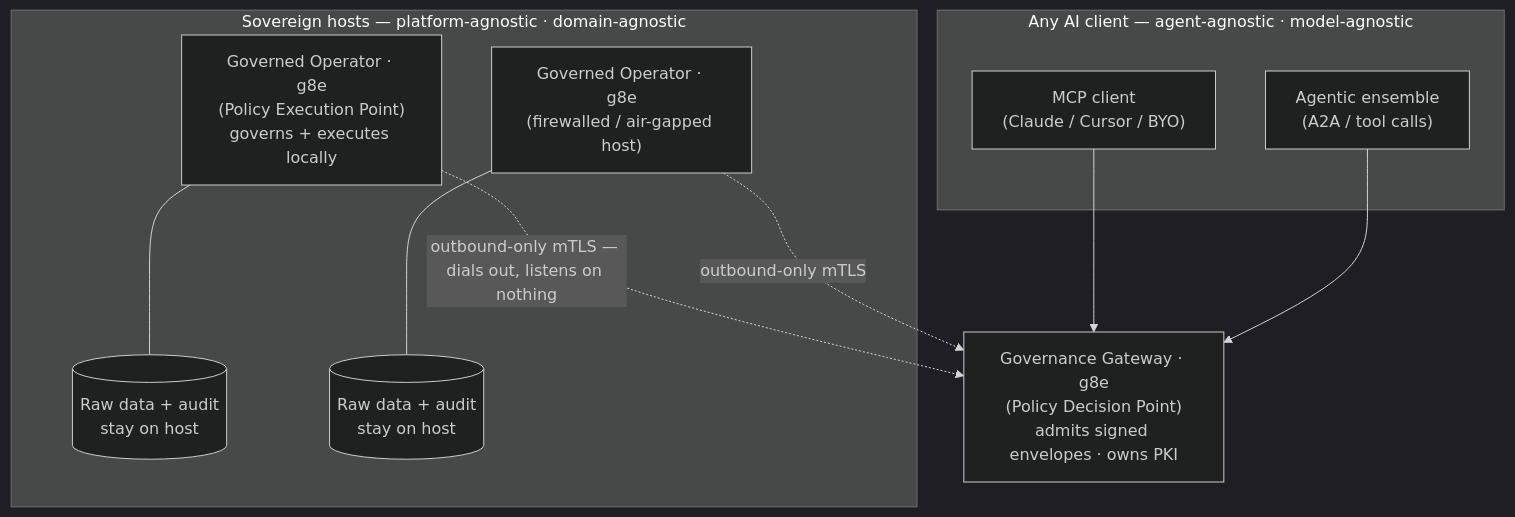
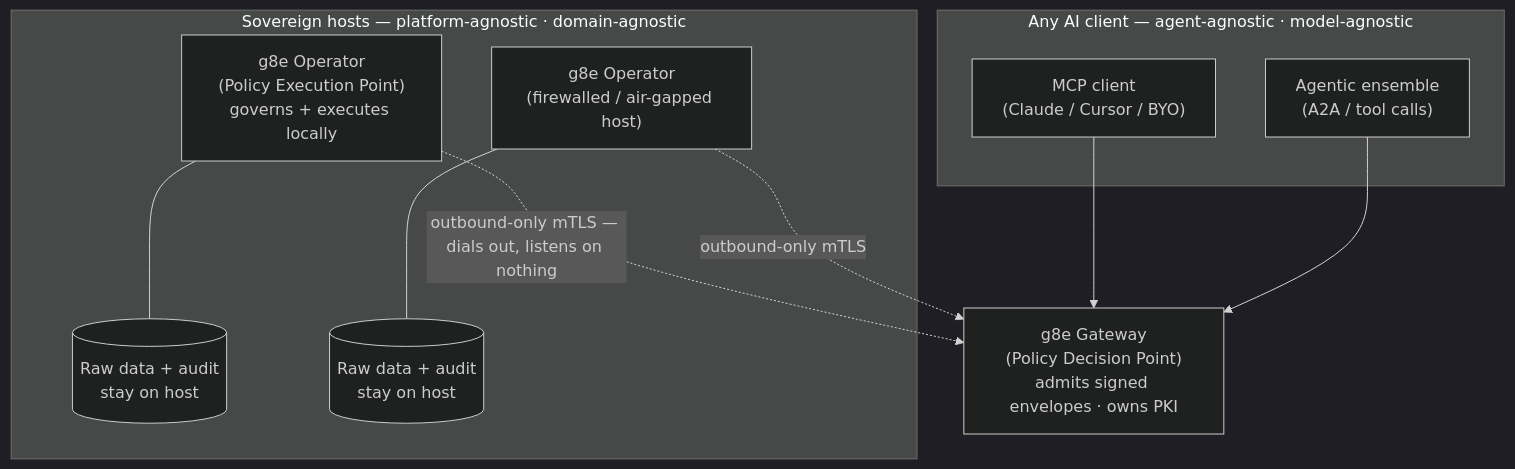
One commit to g8e-ai/g8e changed the first of 3 diagrams in README.md. Above: the diagram before and after it, drawn with Mermaid (dark theme). The commit also changed other lines of this file and 130 other files, not shown here.

````diff
--- a/README.md
+++ b/README.md
@@ -112,23 +122,23 @@
 ```mermaid
 graph TD
     subgraph Clients ["Any AI client — agent-agnostic · model-agnostic"]
         C1["MCP client<br/>(Claude / Cursor / BYO)"]
         C2["Agentic ensemble<br/>(A2A / tool calls)"]
     end
 
-    GW["Governance Gateway · g8e<br/>(Policy Decision Point)<br/>admits signed envelopes · owns PKI"]
+    GW["g8e Gateway<br/>(Policy Decision Point)<br/>admits signed envelopes · owns PKI"]
 
     subgraph Fleet ["Sovereign hosts — platform-agnostic · domain-agnostic"]
-        O1["Governed Operator · g8e<br/>(Policy Execution Point)<br/>governs + executes locally"]
+        O1["g8e Operator<br/>(Policy Execution Point)<br/>governs + executes locally"]
         D1[("Raw data + audit<br/>stay on host")]
-        O2["Governed Operator · g8e<br/>(firewalled / air-gapped host)"]
+        O2["g8e Operator<br/>(firewalled / air-gapped host)"]
         D2[("Raw data + audit<br/>stay on host")]
         O1 --- D1
         O2 --- D2
     end
 
     C1 --> GW
     C2 --> GW
     O1 -. "outbound-only mTLS — dials out, listens on nothing" .-> GW
     O2 -. "outbound-only mTLS" .-> GW
 ```
````
